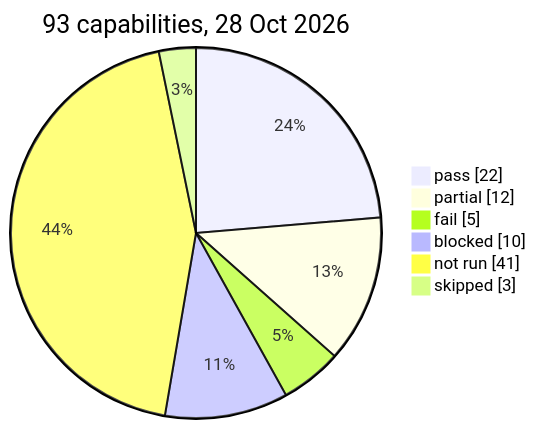
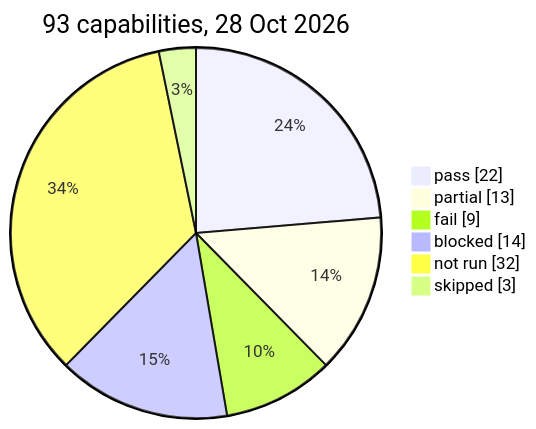
The diagram in docs/reports/autonomous-it-everis2/capabilities/50-test-plan.md (caabayfe/agenticsn), drawn with Mermaid before and after one commit. The commit also changed other lines of this file and 16 other files, not shown here.

````diff
--- a/docs/reports/autonomous-it-everis2/capabilities/50-test-plan.md
+++ b/docs/reports/autonomous-it-everis2/capabilities/50-test-plan.md
@@ -40,9 +40,9 @@
 ```mermaid
 pie showData title 93 capabilities, 28 Oct 2026
   "pass" : 22
-  "partial" : 12
-  "fail" : 5
-  "blocked" : 10
-  "not run" : 41
+  "partial" : 13
+  "fail" : 9
+  "blocked" : 14
+  "not run" : 32
   "skipped" : 3
 ```
````
